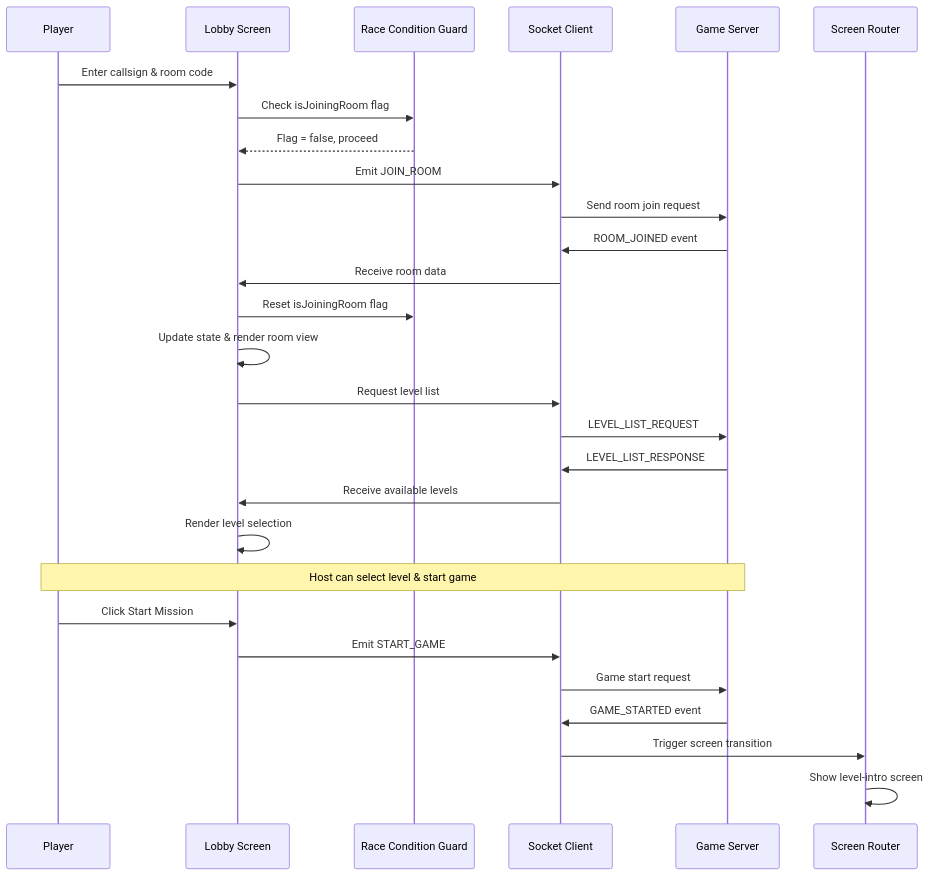
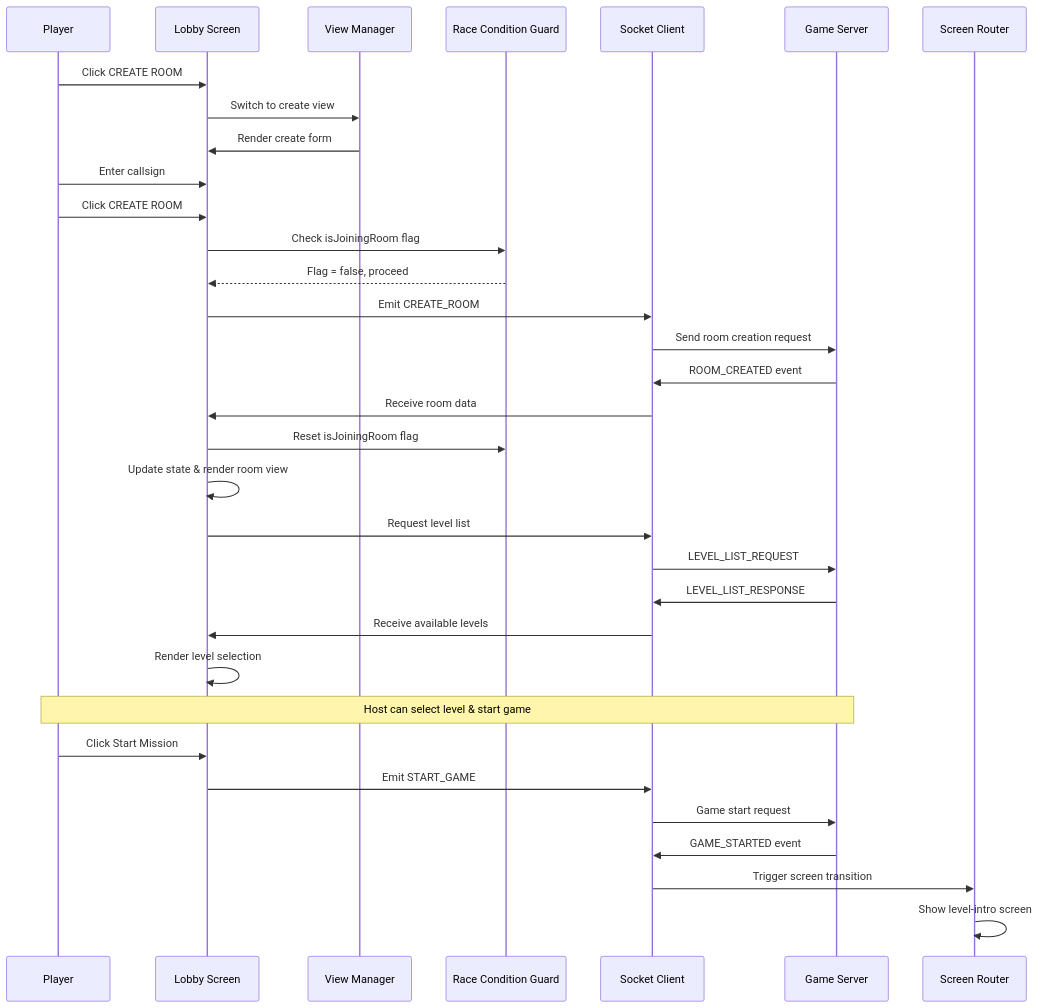
The second of 15 diagrams in .qoder/repowiki/en/content/Lobby Screen.md (dkoukoul/escape-room-mvp), drawn with Mermaid before and after one commit. The commit also changed other lines of this file and 1 other file, not shown here.

````diff
--- a/.qoder/repowiki/en/content/Lobby Screen.md
+++ b/.qoder/repowiki/en/content/Lobby Screen.md
@@ -143,30 +154,35 @@
 ```mermaid
 sequenceDiagram
 participant User as Player
 participant Lobby as Lobby Screen
+participant ViewManager as View Manager
 participant RaceGuard as Race Condition Guard
 participant Socket as Socket Client
 participant Server as Game Server
 participant Router as Screen Router
-User->>Lobby : Enter callsign & room code
+User->>Lobby : Click CREATE ROOM
+Lobby->>ViewManager : Switch to create view
+ViewManager->>Lobby : Render create form
+User->>Lobby : Enter callsign
+User->>Lobby : Click CREATE ROOM
 Lobby->>RaceGuard : Check isJoiningRoom flag
 RaceGuard-->>Lobby : Flag = false, proceed
-Lobby->>Socket : Emit JOIN_ROOM
-Socket->>Server : Send room join request
-Server->>Socket : ROOM_JOINED event
+Lobby->>Socket : Emit CREATE_ROOM
+Socket->>Server : Send room creation request
+Server->>Socket : ROOM_CREATED event
 Socket->>Lobby : Receive room data
 Lobby->>RaceGuard : Reset isJoiningRoom flag
 Lobby->>Lobby : Update state & render room view
 Lobby->>Socket : Request level list
 Socket->>Server : LEVEL_LIST_REQUEST
 Server->>Socket : LEVEL_LIST_RESPONSE
 Socket->>Lobby : Receive available levels
 Lobby->>Lobby : Render level selection
 Note over User,Server : Host can select level & start game
 User->>Lobby : Click Start Mission
 Lobby->>Socket : Emit START_GAME
 Socket->>Server : Game start request
 Server->>Socket : GAME_STARTED event
 Socket->>Router : Trigger screen transition
 Router->>Router : Show level-intro screen
 ```
````
